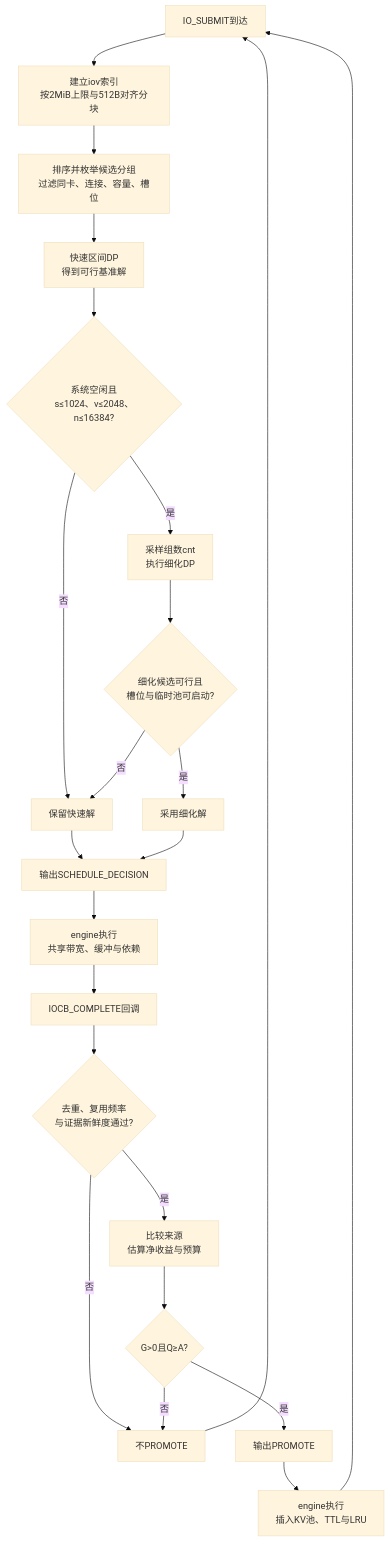
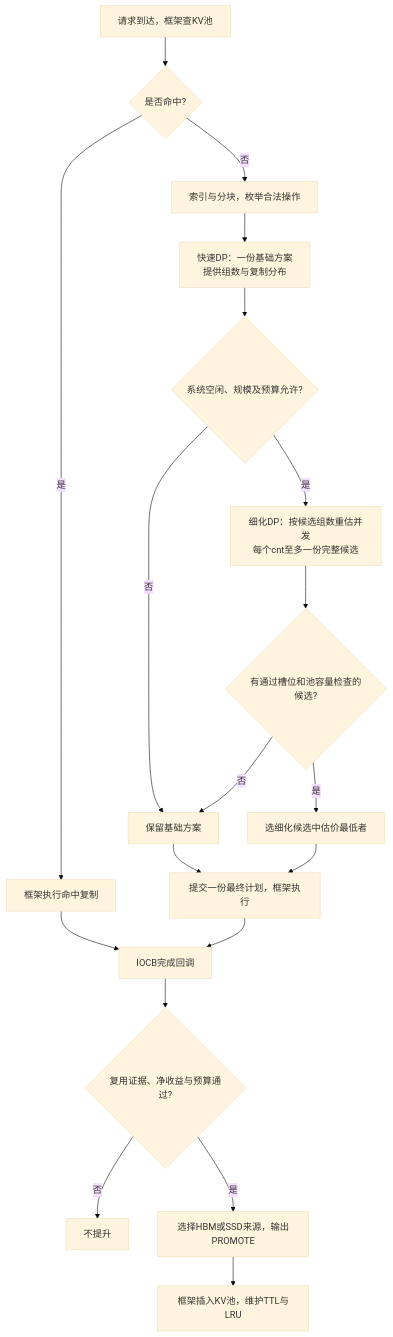
Before and after one commit to dpj135/hackathon: the diagram in submissions/kaisennhu/04_算法设计与复杂度/算法设计.md, drawn with Mermaid (base theme). The commit also changed other lines of this file and 11 other files, not shown here.

````diff
--- a/submissions/kaisennhu/04_算法设计与复杂度/算法设计.md
+++ b/submissions/kaisennhu/04_算法设计与复杂度/算法设计.md
@@ -19,25 +30,21 @@
 ```mermaid
 flowchart TD
-    A["IO_SUBMIT到达"] --> B["建立iov索引<br/>按2MiB上限与512B对齐分块"]
-    B --> C["排序并枚举候选分组<br/>过滤同卡、连接、容量、槽位"]
-    C --> D["快速区间DP<br/>得到可行基准解"]
-    D --> E{"系统空闲且<br/>s≤1024、v≤2048、n≤16384?"}
-    E -- 是 --> F["采样组数cnt<br/>执行细化DP"]
-    E -- 否 --> G["保留快速解"]
-    F --> H{"细化候选可行且<br/>槽位与临时池可启动?"}
-    H -- 是 --> I["采用细化解"]
-    H -- 否 --> G
-    G --> J["输出SCHEDULE_DECISION"]
-    I --> J
-    J --> K["engine执行<br/>共享带宽、缓冲与依赖"]
-    K --> L["IOCB_COMPLETE回调"]
-    L --> M{"去重、复用频率<br/>与证据新鲜度通过?"}
-    M -- 否 --> N["不PROMOTE"]
-    M -- 是 --> O["比较来源<br/>估算净收益与预算"]
-    O --> P{"G>0且Q≥A?"}
-    P -- 否 --> N
-    P -- 是 --> Q["输出PROMOTE"]
-    Q --> R["engine执行<br/>插入KV池、TTL与LRU"]
-    R --> A
-    N --> A
+    A["请求到达，框架查KV池"] --> B{"是否命中?"}
+    B -- 是 --> C["框架执行命中复制"]
+    B -- 否 --> D["索引与分块，枚举合法操作"]
+    D --> E["快速DP：一份基础方案<br/>提供组数与复制分布"]
+    E --> F{"系统空闲、规模及预算允许?"}
+    F -- 否 --> G["保留基础方案"]
+    F -- 是 --> H["细化DP：按候选组数重估并发<br/>每个cnt至多一份完整候选"]
+    H --> I{"有通过槽位和池容量检查的候选?"}
+    I -- 否 --> G
+    I -- 是 --> J["选细化候选中估价最低者"]
+    G --> K["提交一份最终计划，框架执行"]
+    J --> K
+    C --> L["IOCB完成回调"]
+    K --> L
+    L --> M{"复用证据、净收益与预算通过?"}
+    M -- 否 --> N["不提升"]
+    M -- 是 --> O["选择HBM或SSD来源，输出PROMOTE"]
+    O --> P["框架插入KV池，维护TTL与LRU"]
 ```
````
